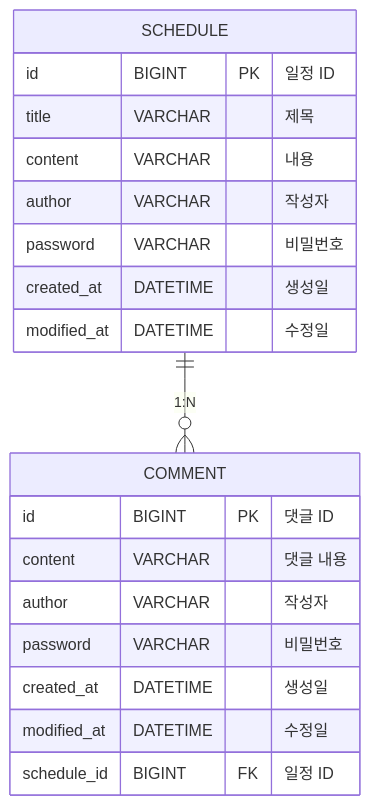
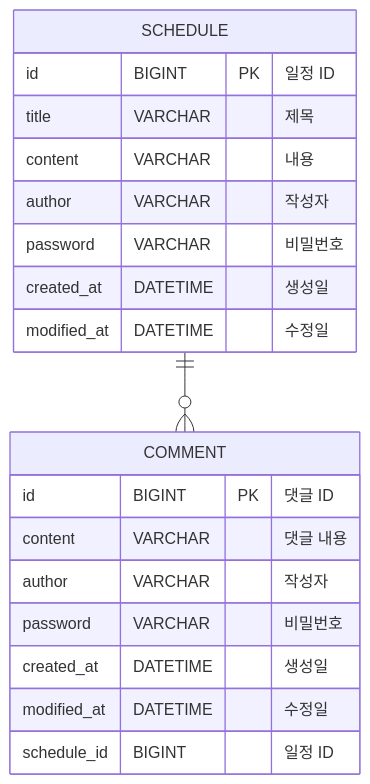
The diagram in README.md (kolyn092/ScheduleManagement), drawn with Mermaid before and after one commit.

Commit message:
fix: Update README.md
JPA 연관관계 제거에 따른 ERD FK 삭제

````diff
--- a/README.md
+++ b/README.md
@@ -532,25 +532,25 @@
 ```mermaid
 erDiagram
 
     SCHEDULE {
         id BIGINT PK "일정 ID"
         title VARCHAR "제목"
         content VARCHAR "내용"
         author VARCHAR "작성자"
         password VARCHAR "비밀번호"
         created_at DATETIME "생성일"
         modified_at DATETIME "수정일"
     }
 
     COMMENT {
         id BIGINT PK "댓글 ID"
         content VARCHAR "댓글 내용"
         author VARCHAR "작성자"
         password VARCHAR "비밀번호"
         created_at DATETIME "생성일"
         modified_at DATETIME "수정일"
-        schedule_id BIGINT FK "일정 ID"
+        schedule_id BIGINT "일정 ID"
     }
 
-    SCHEDULE ||--o{ COMMENT : "1:N"
+    SCHEDULE ||--o{ COMMENT : ""
 ```
````
